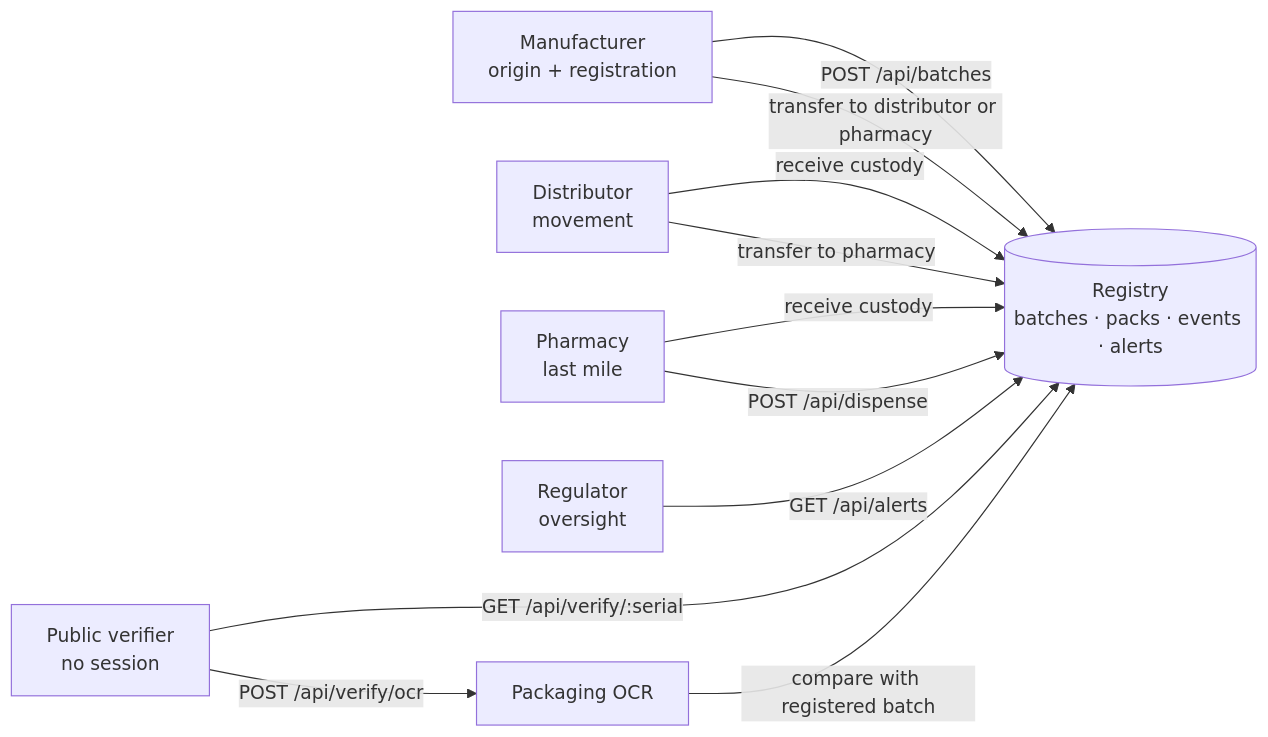
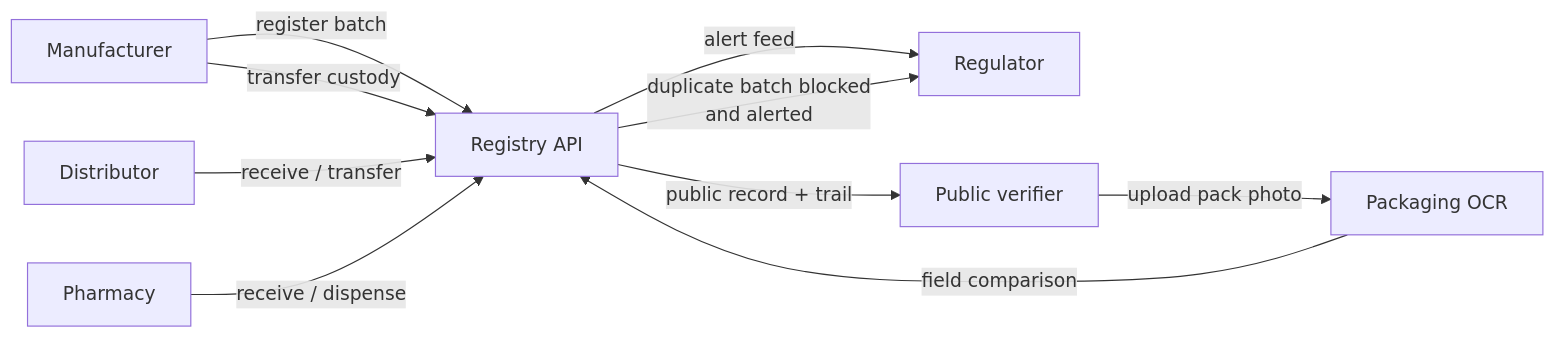
Before and after one commit to ZENTRIHACK/medicine-verify: the seventh of 8 diagrams in README.md, drawn with Mermaid. The commit also changed other lines of this file, not shown here.

Commit message:
docs: refine diagrams and document duplicate batch handling

````diff
--- a/README.md
+++ b/README.md
@@ -603,22 +576,12 @@
 ```mermaid
 flowchart LR
-    V["Public verifier<br/>no session"]
-    M["Manufacturer<br/>origin + registration"]
-    D["Distributor<br/>movement"]
-    P["Pharmacy<br/>last mile"]
-    R["Regulator<br/>oversight"]
-
-    REG[("Registry<br/>batches · packs · events · alerts")]
-    OCR["Packaging OCR"]
-
-    M -->|"POST /api/batches"| REG
-    M -->|"transfer to distributor or pharmacy"| REG
-    D -->|"receive custody"| REG
-    D -->|"transfer to pharmacy"| REG
-    P -->|"receive custody"| REG
-    P -->|"POST /api/dispense"| REG
-    R -->|"GET /api/alerts"| REG
-    V -->|"GET /api/verify/:serial"| REG
-    V -->|"POST /api/verify/ocr"| OCR
-    OCR -->|"compare with registered batch"| REG
+  M["Manufacturer"] -->|"register batch"| API["Registry API"]
+  M -->|"transfer custody"| API
+  D["Distributor"] -->|"receive / transfer"| API
+  P["Pharmacy"] -->|"receive / dispense"| API
+  API -->|"alert feed"| R["Regulator"]
+  API -->|"duplicate batch blocked<br/>and alerted"| R
+  API -->|"public record + trail"| V["Public verifier"]
+  V -->|"upload pack photo"| OCR["Packaging OCR"]
+  OCR -->|"field comparison"| API
 ```
````
